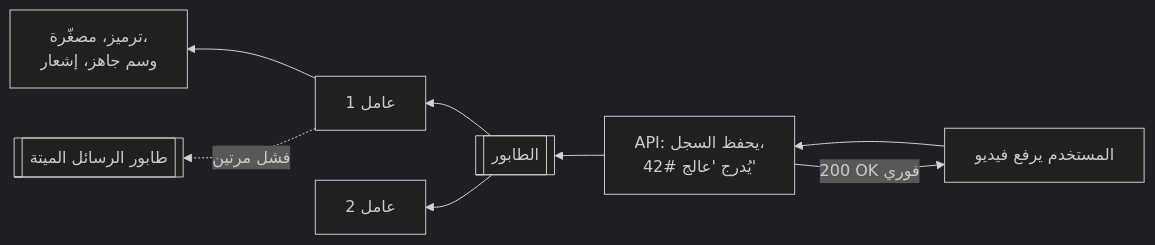
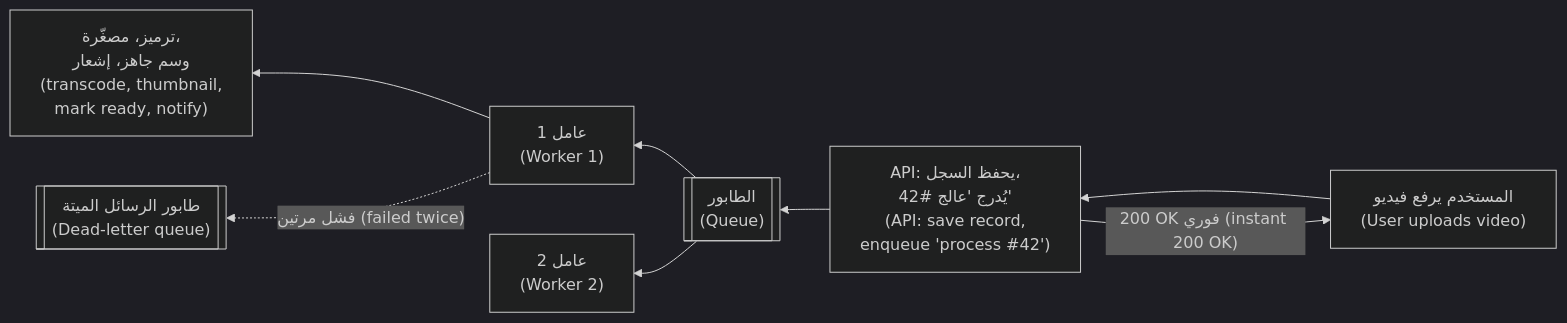
The second of 7 diagrams in modules/10-scaling/module.ar.md (Tamoura/system-design-for-vibe-coders), drawn with Mermaid (dark theme) before and after one commit. The commit also changed other lines of this file and 62 other files, not shown here.

First line of the commit message:
Arabic editions: English on every diagram label, RTL fixes, rebuild

````diff
--- a/modules/10-scaling/module.ar.md
+++ b/modules/10-scaling/module.ar.md
@@ -171,10 +171,10 @@
 ```mermaid
 flowchart RL
-    U["المستخدم يرفع فيديو"] --> API["API: يحفظ السجل،<br/>يُدرج 'عالج #42'"]
-    API -->|"200 OK فوري"| U
-    API --> Q[["الطابور"]]
-    Q --> W1["عامل 1"]
-    Q --> W2["عامل 2"]
-    W1 --> DONE["ترميز، مصغّرة،<br/>وسم جاهز، إشعار"]
-    W1 -.->|"فشل مرتين"| DLQ[["طابور الرسائل الميتة"]]
+    U["المستخدم يرفع فيديو<br/>(User uploads video)"] --> API["API: يحفظ السجل،<br/>يُدرج 'عالج #42'<br/>(API: save record,<br/>enqueue 'process #42')"]
+    API -->|"200 OK فوري (instant 200 OK)"| U
+    API --> Q[["الطابور<br/>(Queue)"]]
+    Q --> W1["عامل 1<br/>(Worker 1)"]
+    Q --> W2["عامل 2<br/>(Worker 2)"]
+    W1 --> DONE["ترميز، مصغّرة،<br/>وسم جاهز، إشعار<br/>(transcode, thumbnail,<br/>mark ready, notify)"]
+    W1 -.->|"فشل مرتين (failed twice)"| DLQ[["طابور الرسائل الميتة<br/>(Dead-letter queue)"]]
 ```
````
